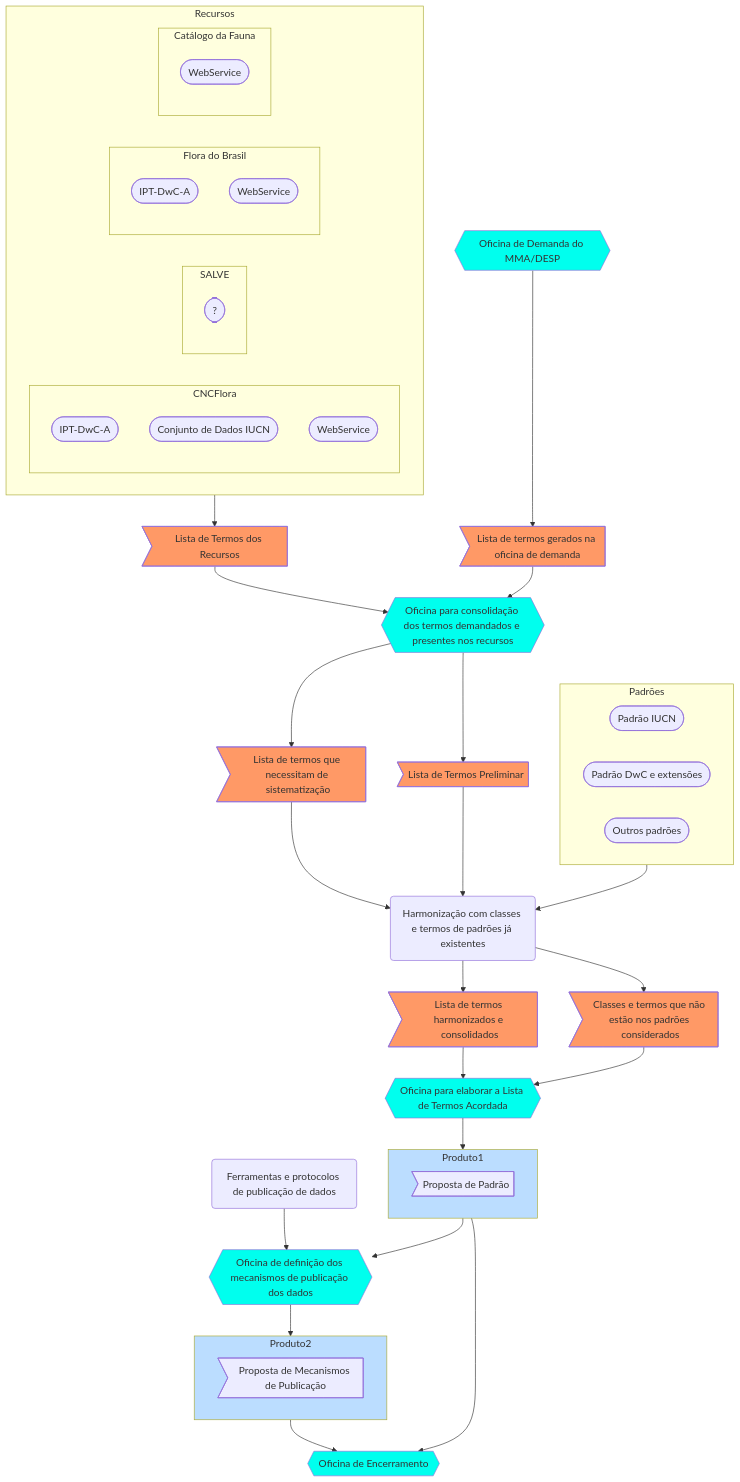
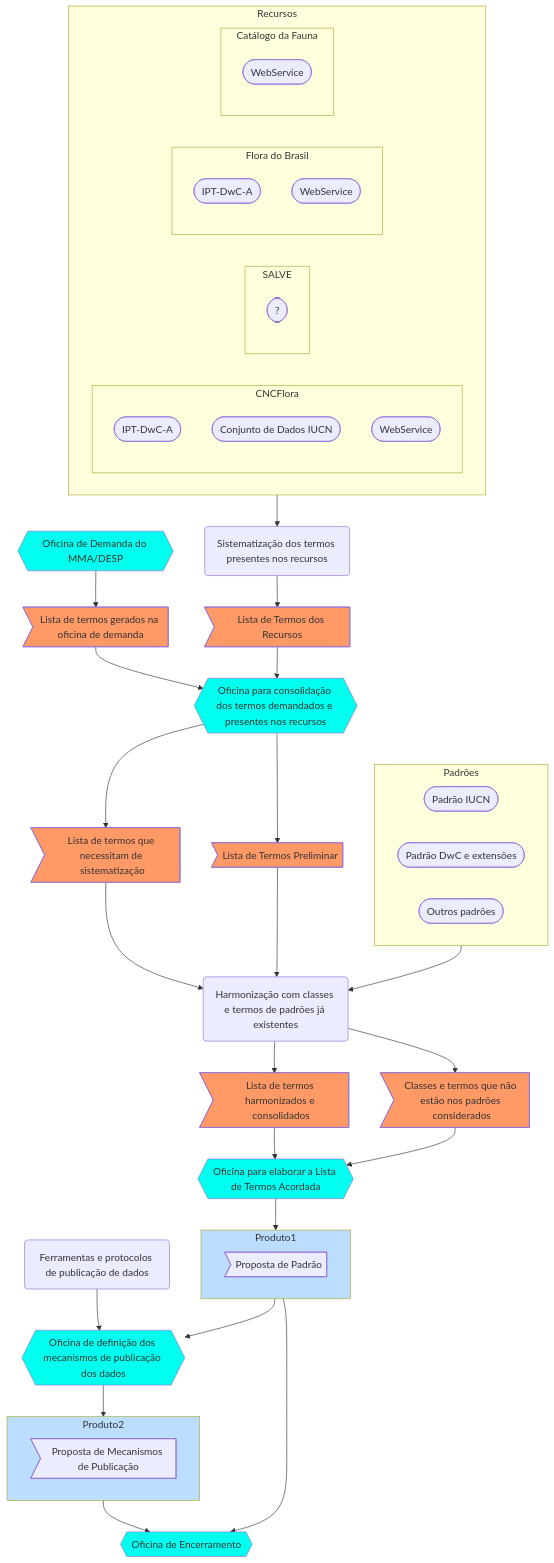
One commit to jlanna/MMA-Ameacadas changed the first of 2 diagrams in plano-de-trabalho/fluxograma.md. Above: the diagram before and after it, drawn with Mermaid. The commit also changed 2 other files, not shown here.

```diff
--- a/plano-de-trabalho/fluxograma.md
+++ b/plano-de-trabalho/fluxograma.md
@@ -45,13 +45,14 @@
         end
      end
     
+    %% a partir dos recursos, ação de compilar os termos dos recursos
+    Recursos --> 19(Sistematização dos termos presentes nos recursos)
+
+    %% os recursos existentes geram uma lista de termos - produto 3
+    19 --> 3>Lista de Termos dos Recursos]
     
     %% a oficina 2 gera o produto produto 16 
     2{{Oficina de Demanda do MMA/DESP}} --> 16>Lista de termos gerados na oficina de demanda]
-
-    %% os recursos existentes geram uma lista de termos - produto 3
-    Recursos --> 3>Lista de Termos dos Recursos]
-
 
     %% os produto 3 e 16 alimentam a oficina de consolidação dos termos (4) com a lista dos termos provenientes dos recursos (3) e a lista de termos demandados na oficina do MMA/DESP (16)
     3 --> 4{{Oficina para consolidação dos termos demandados e presentes nos recursos}}
```
